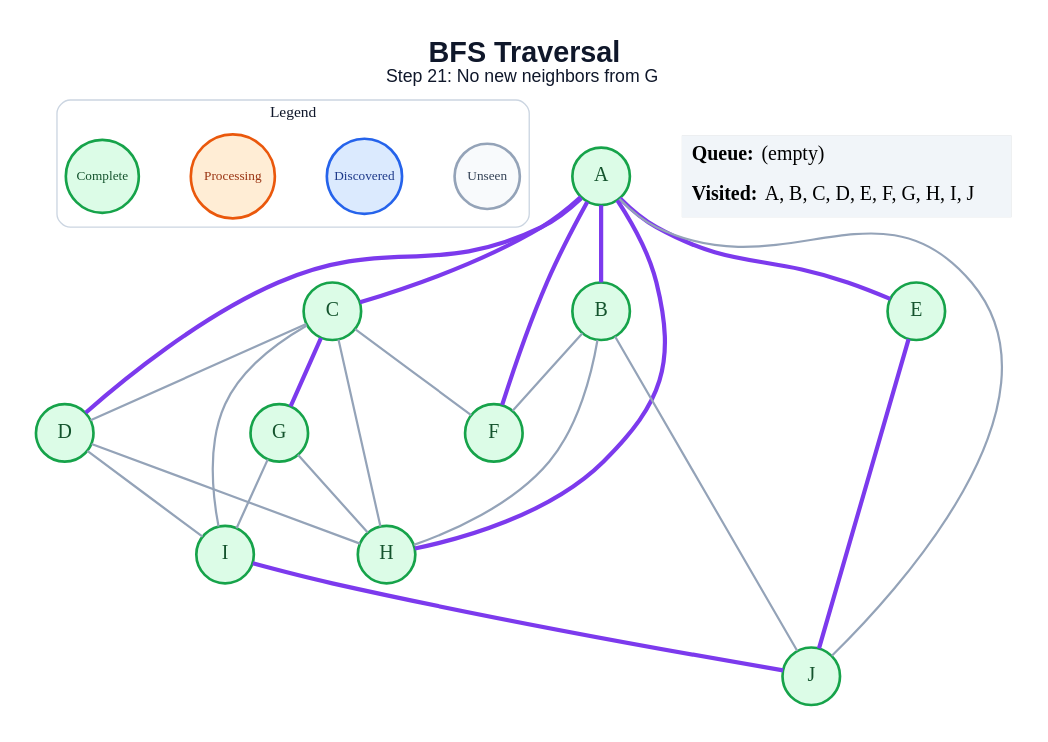
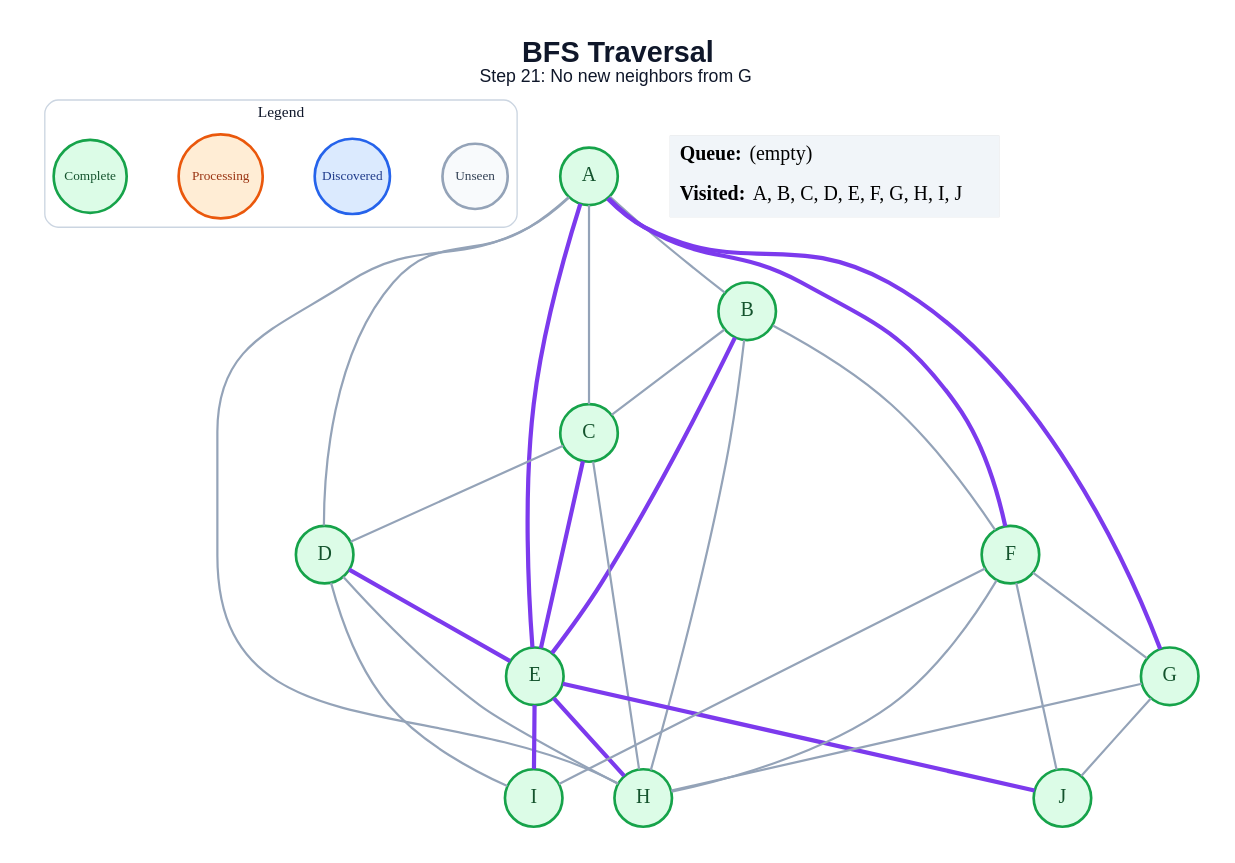
The diagram in generated/specific-node/bfs/step_21.dot (anon7238593-create/ai-slop), drawn with Graphviz before and after one commit. The commit also changed 171 other files, not shown here.

```diff
--- a/generated/specific-node/bfs/step_21.dot
+++ b/generated/specific-node/bfs/step_21.dot
@@ -1,50 +1,55 @@
 graph traversal {
   graph [layout=dot, rankdir=TB, bgcolor="#FFFFFF", pad="0.35", nodesep="0.65", ranksep="0.8", fontname="Arial"];
   node [shape=circle, style="filled", fontname="Arial Bold", fontsize=18, width=0.72, fixedsize=true, penwidth=2.4];
   edge [color="#94A3B8", penwidth=2.0];
   label=<<B>BFS Traversal</B><BR/><FONT POINT-SIZE="16">Step 21: No new neighbors from G</FONT>>; labelloc="t"; fontsize=26; fontname="Arial"; fontcolor="#0F172A";
   subgraph cluster_legend { label="Legend"; color="#CBD5E1"; penwidth=1.2; style="rounded"; fontsize=14; fontname="Arial Bold";
     key_unseen [label="Unseen", fillcolor="#F8FAFC", color="#94A3B8", fontcolor="#334155", fontsize=12, width=0.82];
     key_frontier [label="Discovered", fillcolor="#DBEAFE", color="#2563EB", fontcolor="#1E3A8A", fontsize=12, width=0.95];
     key_current [label="Processing", fillcolor="#FFEDD5", color="#EA580C", fontcolor="#9A3412", fontsize=12, width=1.05];
     key_done [label="Complete", fillcolor="#DCFCE7", color="#16A34A", fontcolor="#14532D", fontsize=12, width=0.92];
     { rank=same; key_unseen; key_frontier; key_current; key_done; }
   }
   A [fillcolor="#DCFCE7", color="#16A34A", fontcolor="#14532D"];
   B [fillcolor="#DCFCE7", color="#16A34A", fontcolor="#14532D"];
   C [fillcolor="#DCFCE7", color="#16A34A", fontcolor="#14532D"];
   D [fillcolor="#DCFCE7", color="#16A34A", fontcolor="#14532D"];
   E [fillcolor="#DCFCE7", color="#16A34A", fontcolor="#14532D"];
   F [fillcolor="#DCFCE7", color="#16A34A", fontcolor="#14532D"];
   G [fillcolor="#DCFCE7", color="#16A34A", fontcolor="#14532D"];
   H [fillcolor="#DCFCE7", color="#16A34A", fontcolor="#14532D"];
   I [fillcolor="#DCFCE7", color="#16A34A", fontcolor="#14532D"];
   J [fillcolor="#DCFCE7", color="#16A34A", fontcolor="#14532D"];
-  A -- B [color="#7C3AED", penwidth=3.8];
-  A -- C [color="#7C3AED", penwidth=3.8];
-  A -- D [color="#7C3AED", penwidth=3.8];
+  A -- B;
+  A -- C;
+  A -- D;
   A -- E [color="#7C3AED", penwidth=3.8];
   A -- F [color="#7C3AED", penwidth=3.8];
-  A -- H [color="#7C3AED", penwidth=3.8];
-  A -- J;
+  A -- G [color="#7C3AED", penwidth=3.8];
+  A -- H;
+  B -- C;
+  B -- E [color="#7C3AED", penwidth=3.8];
   B -- F;
   B -- H;
-  B -- J;
   C -- D;
-  C -- F;
-  C -- G [color="#7C3AED", penwidth=3.8];
+  C -- E [color="#7C3AED", penwidth=3.8];
   C -- H;
-  C -- I;
+  D -- E [color="#7C3AED", penwidth=3.8];
   D -- H;
   D -- I;
+  E -- H [color="#7C3AED", penwidth=3.8];
+  E -- I [color="#7C3AED", penwidth=3.8];
   E -- J [color="#7C3AED", penwidth=3.8];
+  F -- G;
+  F -- H;
+  F -- I;
+  F -- J;
   G -- H;
-  G -- I;
-  I -- J [color="#7C3AED", penwidth=3.8];
+  G -- J;
   status [shape=plain, fixedsize=false, width=0, height=0, margin=0, label=<
     <TABLE BORDER="0" CELLBORDER="0" CELLPADDING="7" BGCOLOR="#F1F5F9">
       <TR><TD ALIGN="LEFT"><B>Queue:</B> (empty)</TD></TR>
       <TR><TD ALIGN="LEFT"><B>Visited:</B> A, B, C, D, E, F, G, H, I, J</TD></TR>
     </TABLE>
   >];
 }
```
